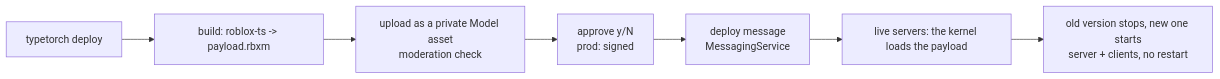
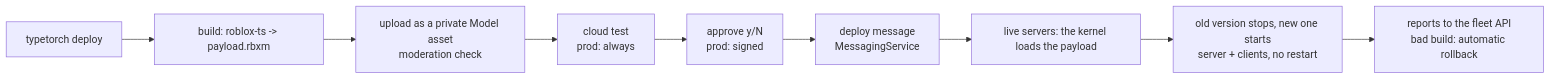
One commit to typetorch/docs changed the diagram in README.md. Above: the diagram before and after it, drawn with Mermaid. The commit also changed other lines of this file and 14 other files, not shown here.

````diff
--- a/README.md
+++ b/README.md
@@ -24,9 +27,11 @@
 ```mermaid
 flowchart LR
     A[typetorch deploy] --> B[build: roblox-ts -> payload.rbxm]
     B --> C[upload as a private Model asset<br/>moderation check]
-    C --> D[approve y/N<br/>prod: signed]
+    C --> T[cloud test<br/>prod: always]
+    T --> D[approve y/N<br/>prod: signed]
     D --> E[deploy message<br/>MessagingService]
     E --> F[live servers: the kernel loads the payload]
     F --> G[old version stops, new one starts<br/>server + clients, no restart]
+    G --> R[reports to the fleet API<br/>bad build: automatic rollback]
 ```
````
